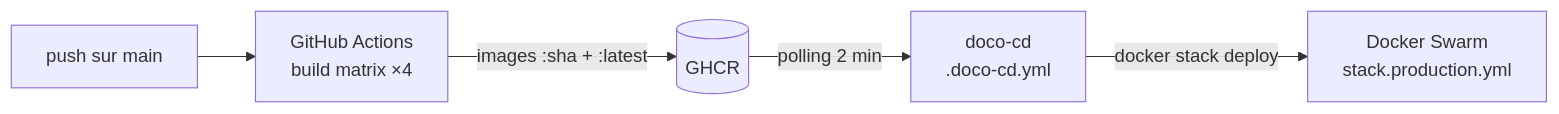
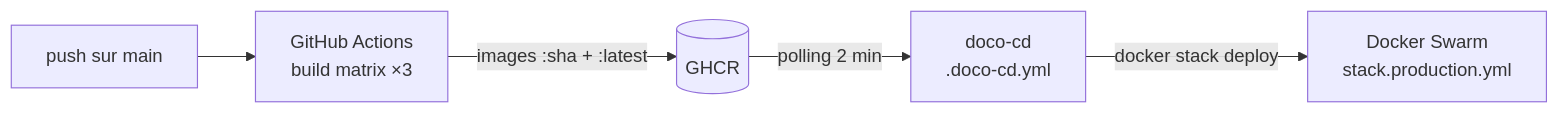
One commit to LOIC-only-one/projet-m705-serveur changed the fourth of 4 diagrams in README.md. Above: the diagram before and after it, drawn with Mermaid. The commit also changed 3 other files, not shown here.

````diff
--- a/README.md
+++ b/README.md
@@ -112,7 +112,7 @@
 ```mermaid
 flowchart LR
-    P[push sur main] --> GA[GitHub Actions<br/>build matrix ×4]
+    P[push sur main] --> GA[GitHub Actions<br/>build matrix ×3]
     GA -->|images :sha + :latest| GH[(GHCR)]
     GH -->|polling 2 min| DC[doco-cd<br/>.doco-cd.yml]
     DC -->|docker stack deploy| SW[Docker Swarm<br/>stack.production.yml]
 ```
````
